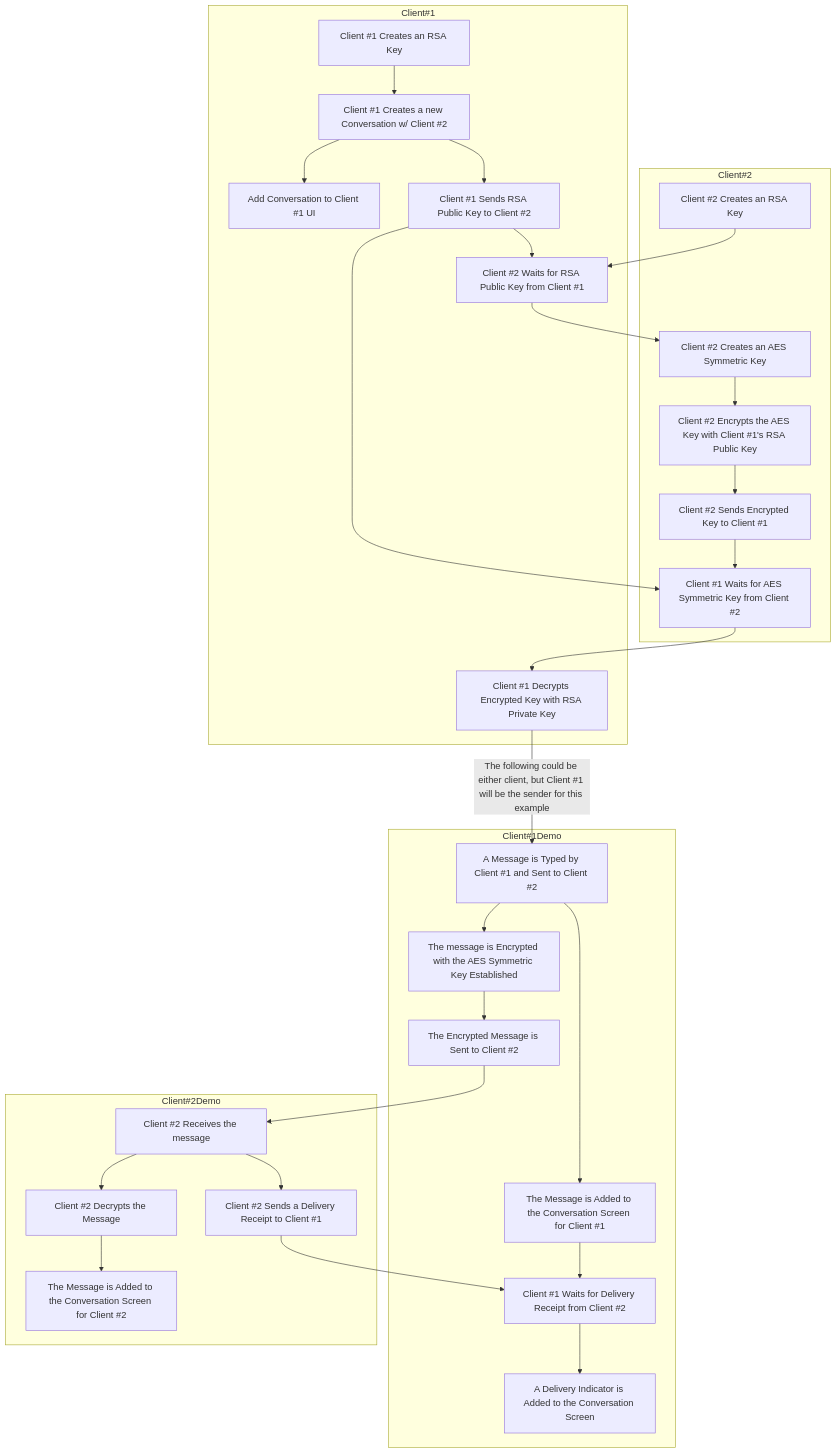
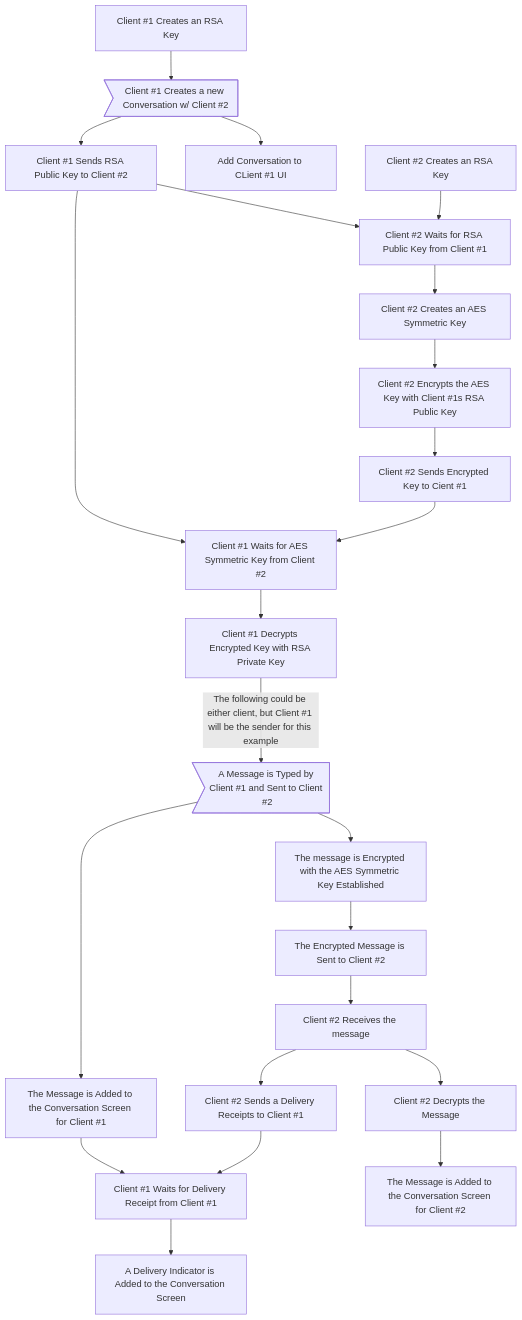
Before and after one commit to xXCrash2BomberXx/TinyChat: the diagram in README.md, drawn with Mermaid.

````diff
--- a/README.md
+++ b/README.md
@@ -72,40 +72,25 @@
 ```mermaid
 graph TB;
-  subgraph "Client#1"
-  A[Client #1 Creates an RSA Key] --> B[Client #1 Creates a new Conversation w/ Client #2];
-  B --> D[Add Conversation to Client #1 UI];
+  A[Client #1 Creates an RSA Key] --> B>Client #1 Creates a new Conversation w/ Client #2];
+  B --> D[Add Conversation to CLient #1 UI];
   B --> E[Client #1 Sends RSA Public Key to Client #2];
-  E --> G;
-  end
-
-  subgraph "Client#2"
-  F[Client #2 Creates an RSA Key] --> G[Client #2 Waits for RSA Public Key from Client #1];
+  E --> G[Client #2 Waits for RSA Public Key from Client #1];
+  F[Client #2 Creates an RSA Key] --> G;
   G --> H[Client #2 Creates an AES Symmetric Key];
-  H --> I[Client #2 Encrypts the AES Key with Client #1's RSA Public Key];
-  I --> J[Client #2 Sends Encrypted Key to Client #1];
-  J --> K;
-  end
-
-  subgraph "Client#1"
-  E --> K[Client #1 Waits for AES Symmetric Key from Client #2];
+  H -->I[Client #2 Encrypts the AES Key with Client #1s RSA Public Key];
+  I -->J[Client #2 Sends Encrypted Key to Cient #1];
+  J --> K[Client #1 Waits for AES Symmetric Key from Client #2];
+  E --> K;
   K --> L[Client #1 Decrypts Encrypted Key with RSA Private Key];
-  end
-
-  subgraph "Client#1Demo"
-  L --> |The following could be either client, but Client #1 will be the sender for this example| M[A Message is Typed by Client #1 and Sent to Client #2];
+  L --> |The following could be either client, but Client #1 will be the sender for this example| M>A Message is Typed by Client #1 and Sent to Client #2];
   M --> N[The message is Encrypted with the AES Symmetric Key Established];
   N --> O[The Encrypted Message is Sent to Client #2];
   M --> Q[The Message is Added to the Conversation Screen for Client #1];
-  Q --> R[Client #1 Waits for Delivery Receipt from Client #2];
+  Q --> R[Client #1 Waits for Delivery Receipt from Client #1];
   R --> V[A Delivery Indicator is Added to the Conversation Screen];
-  end
-
-  O --> P;
-
-  subgraph "Client#2Demo"
-  P[Client #2 Receives the message] --> S[Client #2 Decrypts the Message];
+  O --> P[Client #2 Receives the message];
+  P --> S[Client #2 Decrypts the Message];
   S --> T[The Message is Added to the Conversation Screen for Client #2];
-  P --> U[Client #2 Sends a Delivery Receipt to Client #1];
+  P --> U[Client #2 Sends a Delivery Receipts to Client #1];
   U --> R;
-  end
 ```
````
